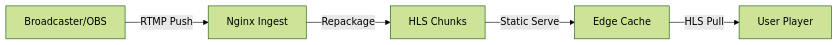
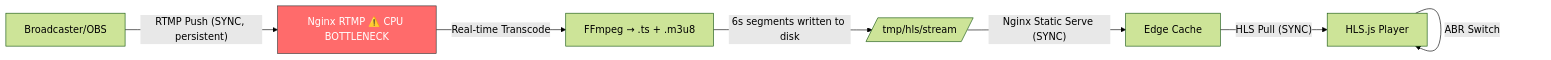
One commit to Dannavv/VideoScale-Engineering-From-Monolith-to-Cloud-Native-Streaming changed the diagram in projects/07-live-streaming/README.md. Above: the diagram before and after it, drawn with Mermaid (forest theme). The commit also changed other lines of this file and 3 other files, not shown here.

````diff
--- a/projects/07-live-streaming/README.md
+++ b/projects/07-live-streaming/README.md
@@ -12,7 +12,11 @@
 ```mermaid
 graph LR
-    OBS[Broadcaster/OBS] -->|RTMP Push| Ingest[Nginx Ingest]
-    Ingest -->|Repackage| HLS[HLS Chunks]
-    HLS -->|Static Serve| CDN[Edge Cache]
-    CDN -->|HLS Pull| Player[User Player]
+    OBS[Broadcaster/OBS] -->|"RTMP Push (SYNC, persistent)"| Ingest["Nginx RTMP ⚠️ CPU BOTTLENECK"]
+    Ingest -->|"Real-time Transcode"| HLS["FFmpeg → .ts + .m3u8"]
+    HLS -->|"6s segments written to disk"| Disk[/tmp/hls/stream/]
+    Disk -->|"Nginx Static Serve (SYNC)"| CDN[Edge Cache]
+    CDN -->|"HLS Pull (SYNC)"| Player[HLS.js Player]
+    Player -->|"ABR Switch"| Player
+    
+    style Ingest fill:#ff6b6b,stroke:#333,color:#fff
 ```
````
